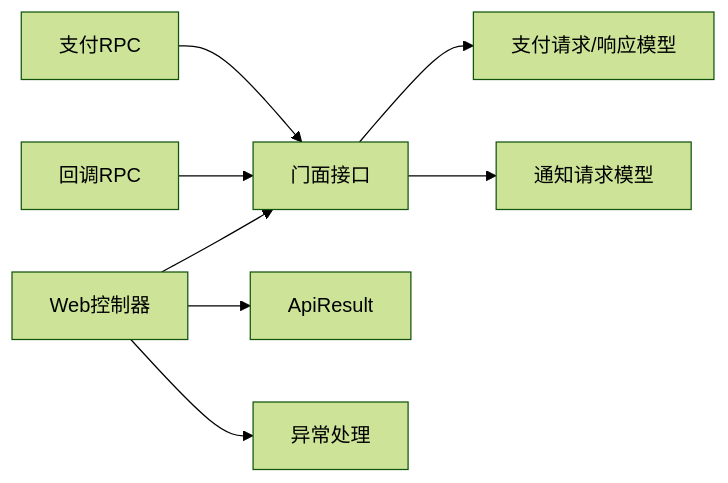
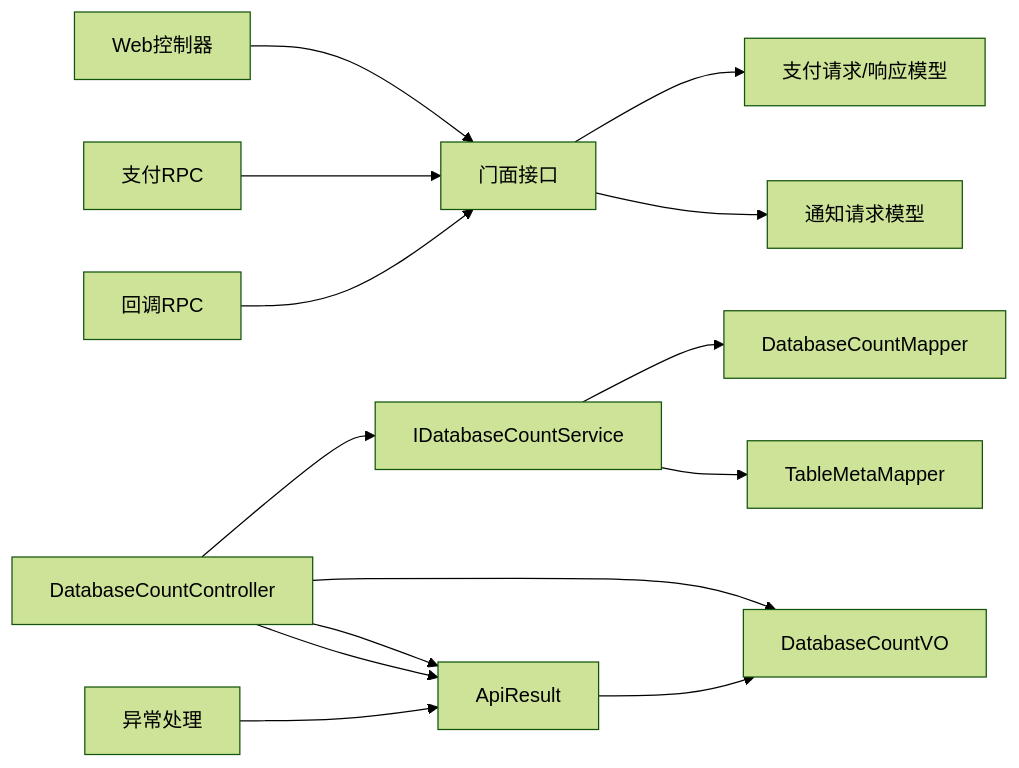
Before and after one commit to magicliang/domain-driven-transaction-sys: the seventh of 7 diagrams in .qoder/repowiki/zh/content/API接口文档.md, drawn with Mermaid (forest theme). The commit also changed other lines of this file and 37 other files, not shown here.

````diff
--- a/.qoder/repowiki/zh/content/API接口文档.md
+++ b/.qoder/repowiki/zh/content/API接口文档.md
@@ -375,10 +439,16 @@
 ```mermaid
 graph LR
 TC["Web控制器"] --> IF["门面接口"]
+DC["DatabaseCountController"] --> IDS["IDatabaseCountService"]
 RPC1["支付RPC"] --> IF
 RPC2["回调RPC"] --> IF
 IF --> PM["支付请求/响应模型"]
 IF --> NM["通知请求模型"]
-TC --> AR["ApiResult"]
-TC --> EX["异常处理"]
+DC --> AR["ApiResult"]
+DC --> DCVO["DatabaseCountVO"]
+IDS --> DCM["DatabaseCountMapper"]
+IDS --> TM["TableMetaMapper"]
+DC --> AR
+AR --> DCVO
+EX["异常处理"] --> AR
 ```
````
